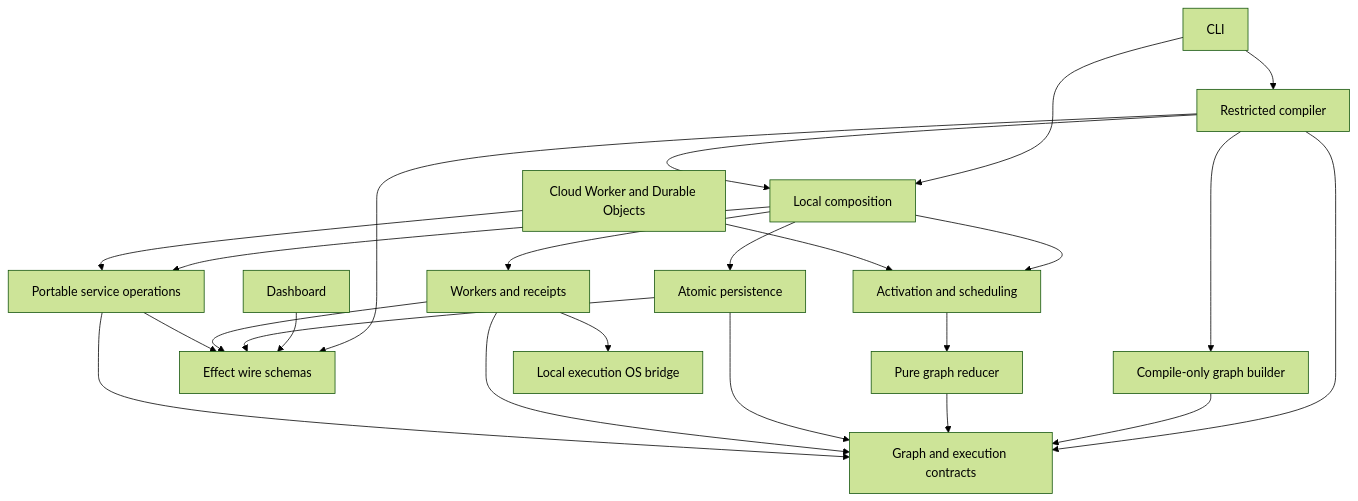
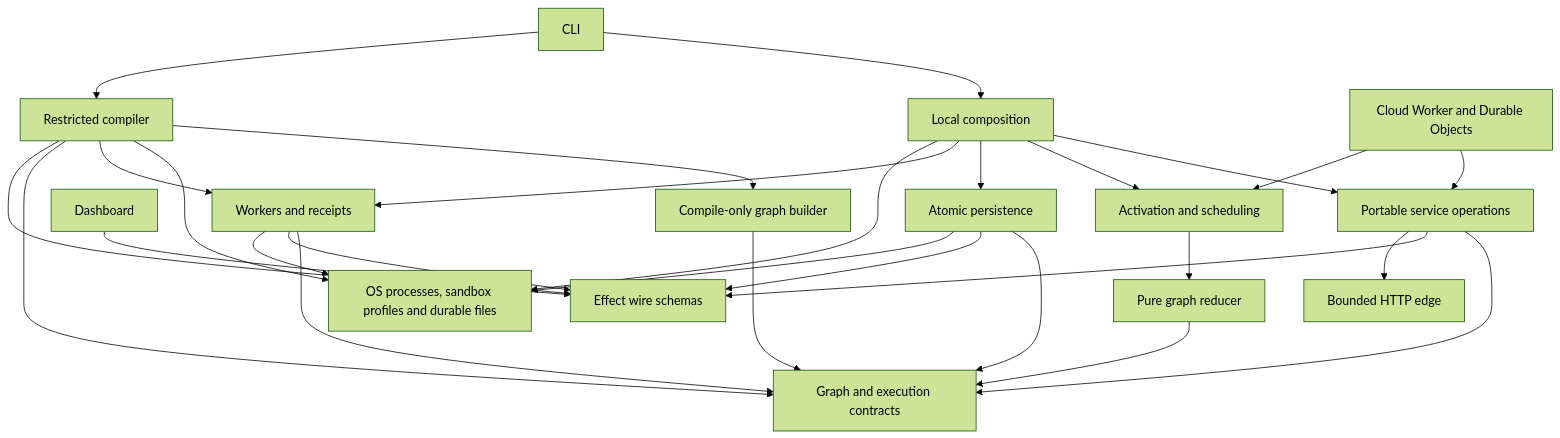
One commit to hatim-s/loopy changed the first of 5 diagrams in README.md. Above: the diagram before and after it, drawn with Mermaid (forest theme). The commit also changed other lines of this file and 6 other files, not shown here.

````diff
--- a/README.md
+++ b/README.md
@@ -92,26 +92,30 @@
 ```mermaid
 flowchart TD
   CLI[CLI] --> Local[Local composition]
   CLI --> Compiler[Restricted compiler]
   Compiler --> SDK[Compile-only graph builder]
-  Compiler --> Local
+  Compiler --> OS[OS processes, sandbox profiles and durable files]
+  Compiler --> Executor
   Compiler --> Core
   Compiler --> Contract
   SDK --> Core
   Dashboard[Dashboard] --> Contract[Effect wire schemas]
   Local --> Service[Portable service operations]
   Local --> Host[Activation and scheduling]
   Local --> Store[Atomic persistence]
   Local --> Executor[Workers and receipts]
+  Local --> OS
   Cloud[Cloud Worker and Durable Objects] --> Service
   Cloud --> Host
   Host --> Engine[Pure graph reducer]
   Engine --> Core[Graph and execution contracts]
   Store --> Core
   Store --> Contract
+  Store --> OS
   Executor --> Core
   Executor --> Contract
-  Executor --> Bridge[Local execution OS bridge]
+  Executor --> OS
   Service --> Core
   Service --> Contract
+  Service --> HTTP[Bounded HTTP edge]
 ```
````
